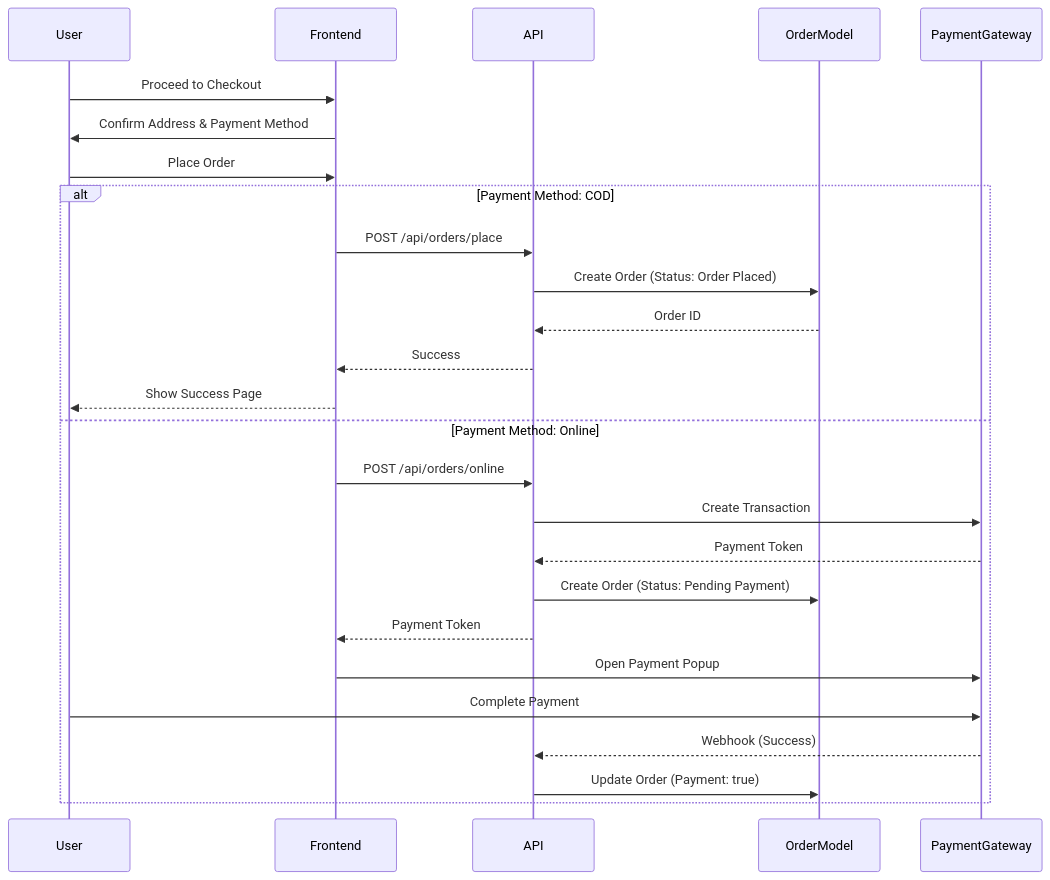
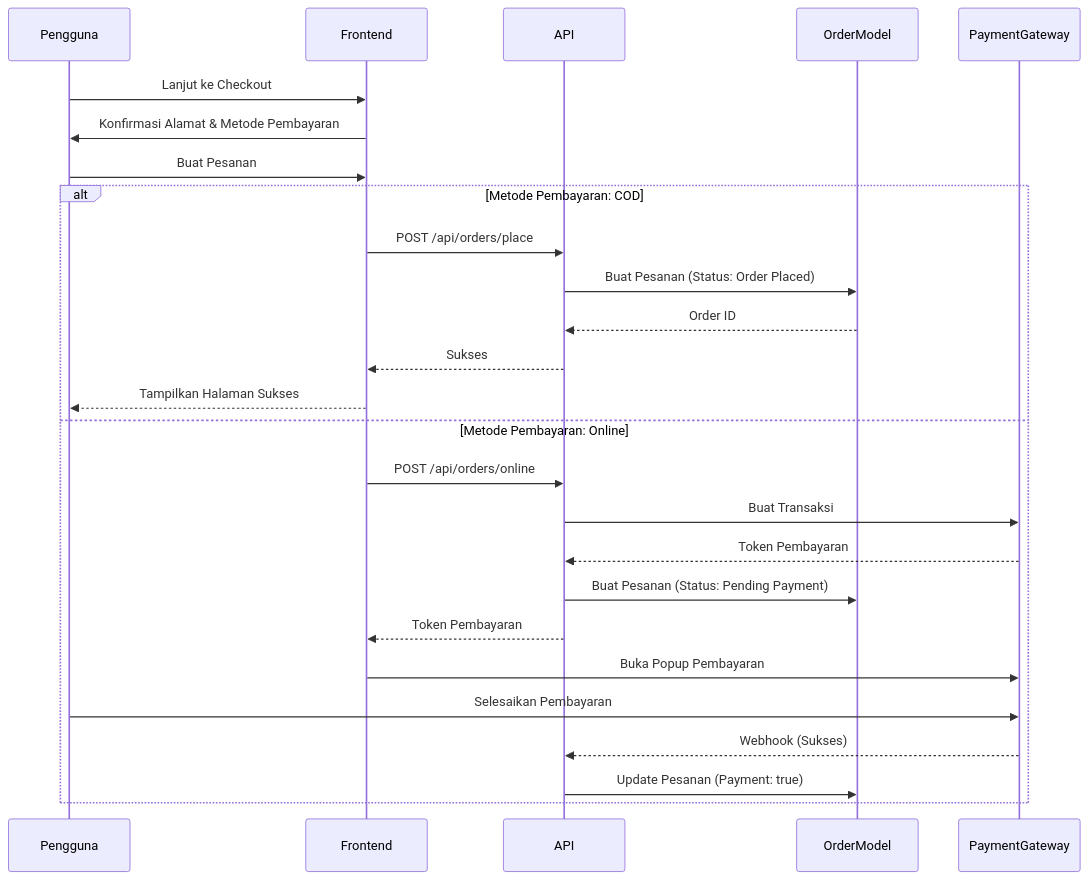
One commit to Grinti123/gerai-ayra-fullstack changed the third of 6 diagrams in sequence-diagram.md. Above: the diagram before and after it, drawn with Mermaid. The commit also changed other lines of this file, not shown here.

Commit message:
update sequence

````diff
--- a/sequence-diagram.md
+++ b/sequence-diagram.md
@@ -62,30 +62,30 @@
 ```mermaid
 sequenceDiagram
-    participant User
+    participant User as Pengguna
     participant Frontend
     participant API
     participant OrderModel
     participant PaymentGateway
 
-    User->>Frontend: Proceed to Checkout
-    Frontend->>User: Confirm Address & Payment Method
-    User->>Frontend: Place Order
+    User->>Frontend: Lanjut ke Checkout
+    Frontend->>User: Konfirmasi Alamat & Metode Pembayaran
+    User->>Frontend: Buat Pesanan
     
-    alt Payment Method: COD
+    alt Metode Pembayaran: COD
         Frontend->>API: POST /api/orders/place
-        API->>OrderModel: Create Order (Status: Order Placed)
+        API->>OrderModel: Buat Pesanan (Status: Order Placed)
         OrderModel-->>API: Order ID
-        API-->>Frontend: Success
-        Frontend-->>User: Show Success Page
-    else Payment Method: Online
+        API-->>Frontend: Sukses
+        Frontend-->>User: Tampilkan Halaman Sukses
+    else Metode Pembayaran: Online
         Frontend->>API: POST /api/orders/online
-        API->>PaymentGateway: Create Transaction
-        PaymentGateway-->>API: Payment Token
-        API->>OrderModel: Create Order (Status: Pending Payment)
-        API-->>Frontend: Payment Token
-        Frontend->>PaymentGateway: Open Payment Popup
-        User->>PaymentGateway: Complete Payment
-        PaymentGateway-->>API: Webhook (Success)
-        API->>OrderModel: Update Order (Payment: true)
+        API->>PaymentGateway: Buat Transaksi
+        PaymentGateway-->>API: Token Pembayaran
+        API->>OrderModel: Buat Pesanan (Status: Pending Payment)
+        API-->>Frontend: Token Pembayaran
+        Frontend->>PaymentGateway: Buka Popup Pembayaran
+        User->>PaymentGateway: Selesaikan Pembayaran
+        PaymentGateway-->>API: Webhook (Sukses)
+        API->>OrderModel: Update Pesanan (Payment: true)
     end
 ```
````
